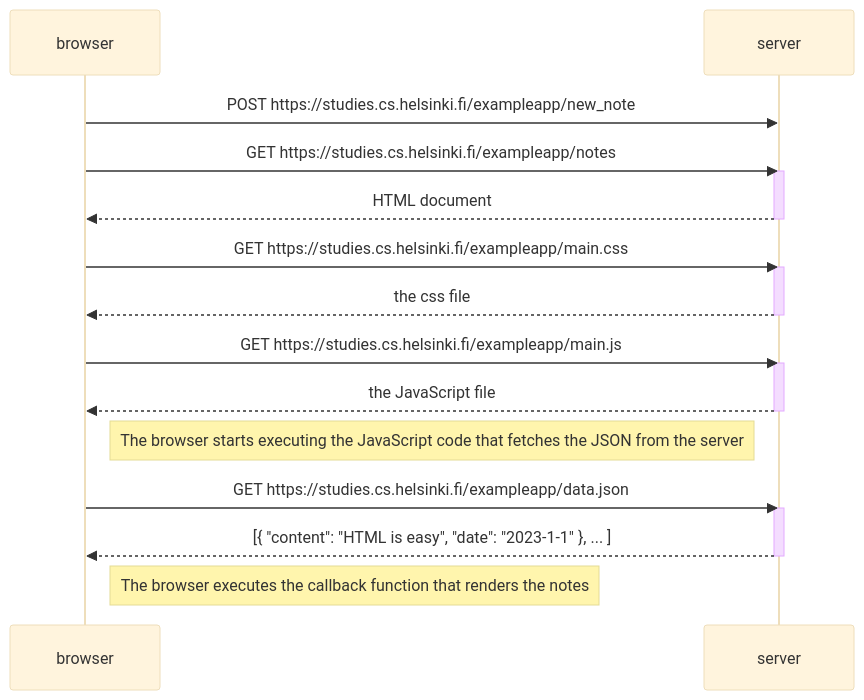
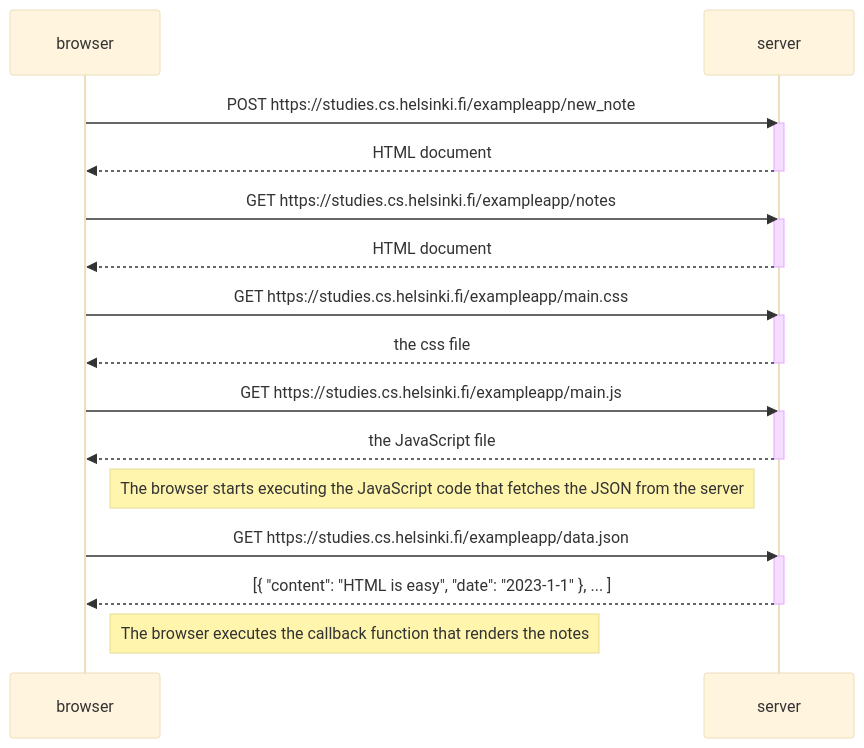
The diagram in part0/0.4 New note diagram.md (Rodrylujan/FullStack), drawn with Mermaid (base theme) before and after one commit.

Commit message:
Update 0.4 New note diagram.md

````diff
--- a/part0/0.4 New note diagram.md
+++ b/part0/0.4 New note diagram.md
@@ -2,31 +2,34 @@
 ```mermaid
 sequenceDiagram
     participant browser
     participant server
 
     browser->>server: POST https://studies.cs.helsinki.fi/exampleapp/new_note
+    activate server
+    server-->>browser: HTML document
+    deactivate server
 
     browser->>server: GET https://studies.cs.helsinki.fi/exampleapp/notes
     activate server
     server-->>browser: HTML document
     deactivate server
 
     browser->>server: GET https://studies.cs.helsinki.fi/exampleapp/main.css
     activate server
     server-->>browser: the css file
     deactivate server
 
     browser->>server: GET https://studies.cs.helsinki.fi/exampleapp/main.js
     activate server
     server-->>browser: the JavaScript file
     deactivate server
 
     Note right of browser: The browser starts executing the JavaScript code that fetches the JSON from the server
 
     browser->>server: GET https://studies.cs.helsinki.fi/exampleapp/data.json
     activate server
     server-->>browser: [{ "content": "HTML is easy", "date": "2023-1-1" }, ... ]
     deactivate server
 
     Note right of browser: The browser executes the callback function that renders the notes
 ```
````
